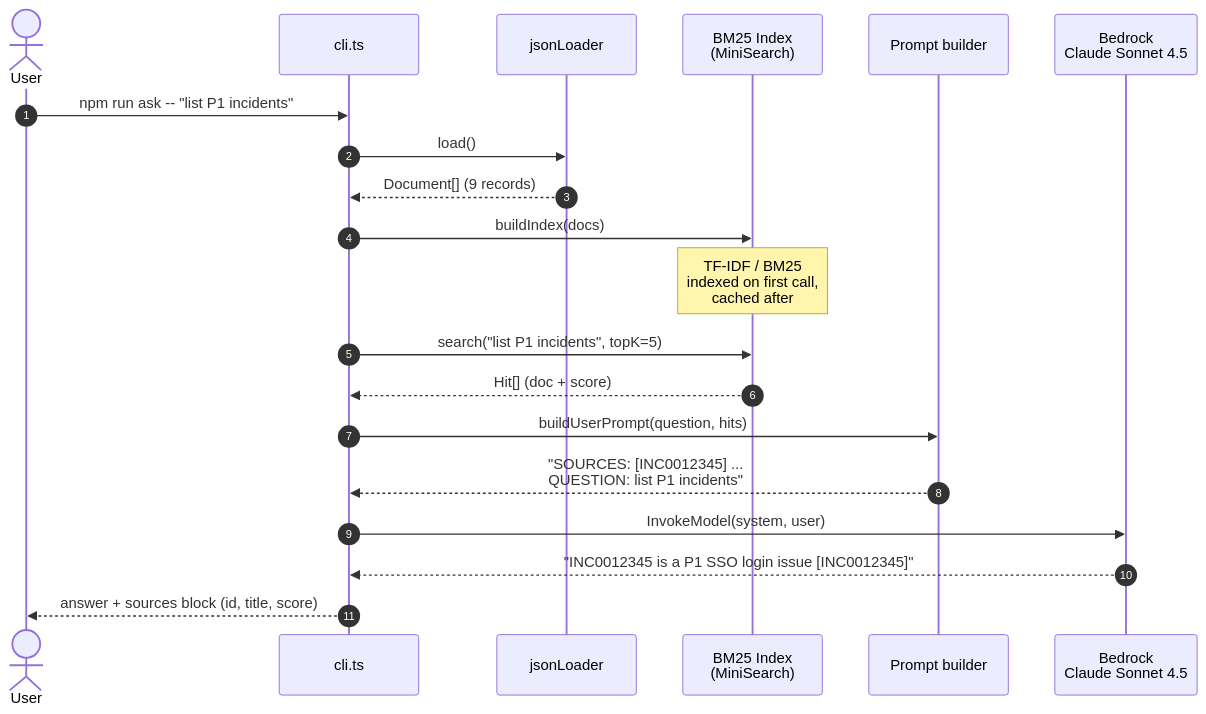
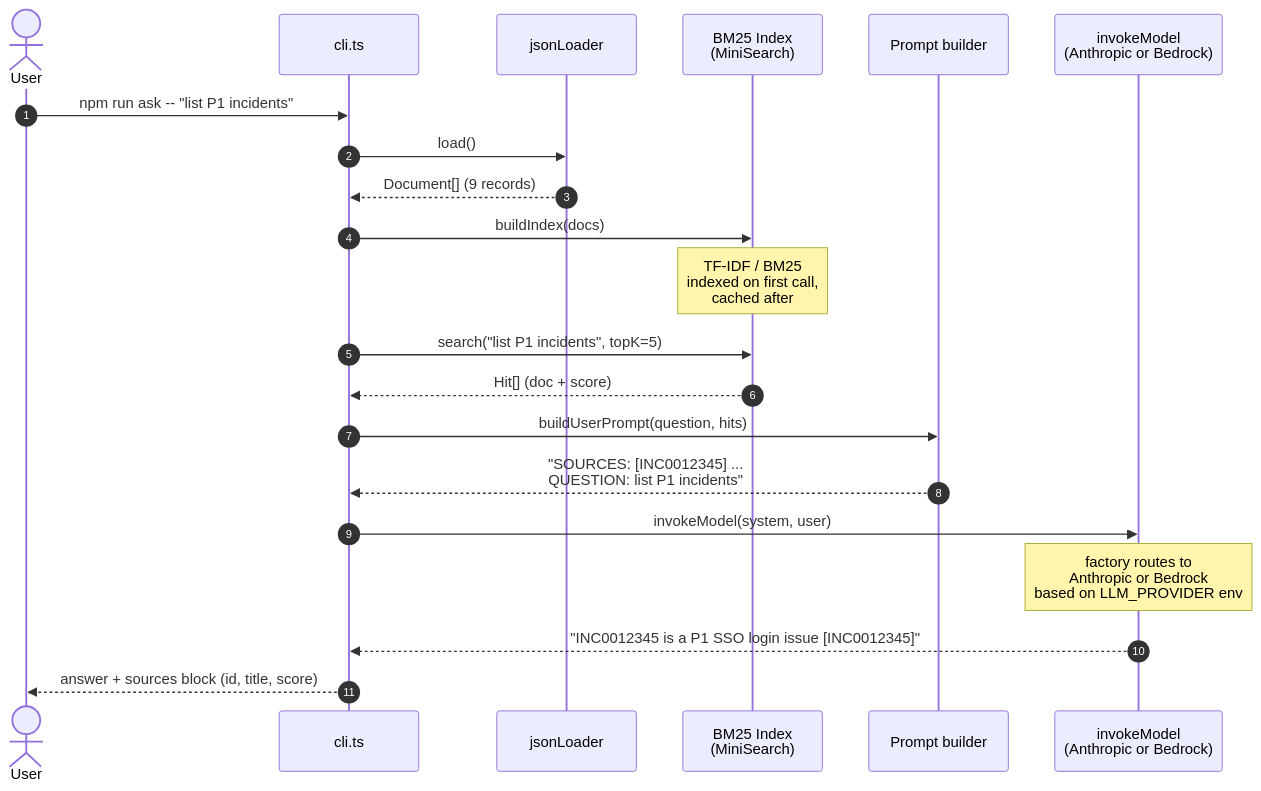
The second of 5 diagrams in docs/architecture.md (mdasiff/vectorless-rag-nodejs), drawn with Mermaid before and after one commit. The commit also changed other lines of this file and 9 other files, not shown here.

First line of the commit message:
Add LLM provider abstraction (Anthropic API + Bedrock) gated by env flag

````diff
--- a/docs/architecture.md
+++ b/docs/architecture.md
@@ -67,23 +73,24 @@
 ```mermaid
 sequenceDiagram
     autonumber
     actor User
     participant CLI as cli.ts
     participant Loader as jsonLoader
     participant Index as BM25 Index<br/>(MiniSearch)
     participant Prompt as Prompt builder
-    participant Bedrock as Bedrock<br/>Claude Sonnet 4.5
+    participant LLM as invokeModel<br/>(Anthropic or Bedrock)
 
     User->>CLI: npm run ask -- "list P1 incidents"
     CLI->>Loader: load()
     Loader-->>CLI: Document[] (9 records)
     CLI->>Index: buildIndex(docs)
     Note over Index: TF-IDF / BM25<br/>indexed on first call,<br/>cached after
     CLI->>Index: search("list P1 incidents", topK=5)
     Index-->>CLI: Hit[] (doc + score)
     CLI->>Prompt: buildUserPrompt(question, hits)
     Prompt-->>CLI: "SOURCES: [INC0012345] ...<br/>QUESTION: list P1 incidents"
-    CLI->>Bedrock: InvokeModel(system, user)
-    Bedrock-->>CLI: "INC0012345 is a P1 SSO login issue [INC0012345]"
+    CLI->>LLM: invokeModel(system, user)
+    Note over LLM: factory routes to<br/>Anthropic or Bedrock<br/>based on LLM_PROVIDER env
+    LLM-->>CLI: "INC0012345 is a P1 SSO login issue [INC0012345]"
     CLI-->>User: answer + sources block (id, title, score)
 ```
````
